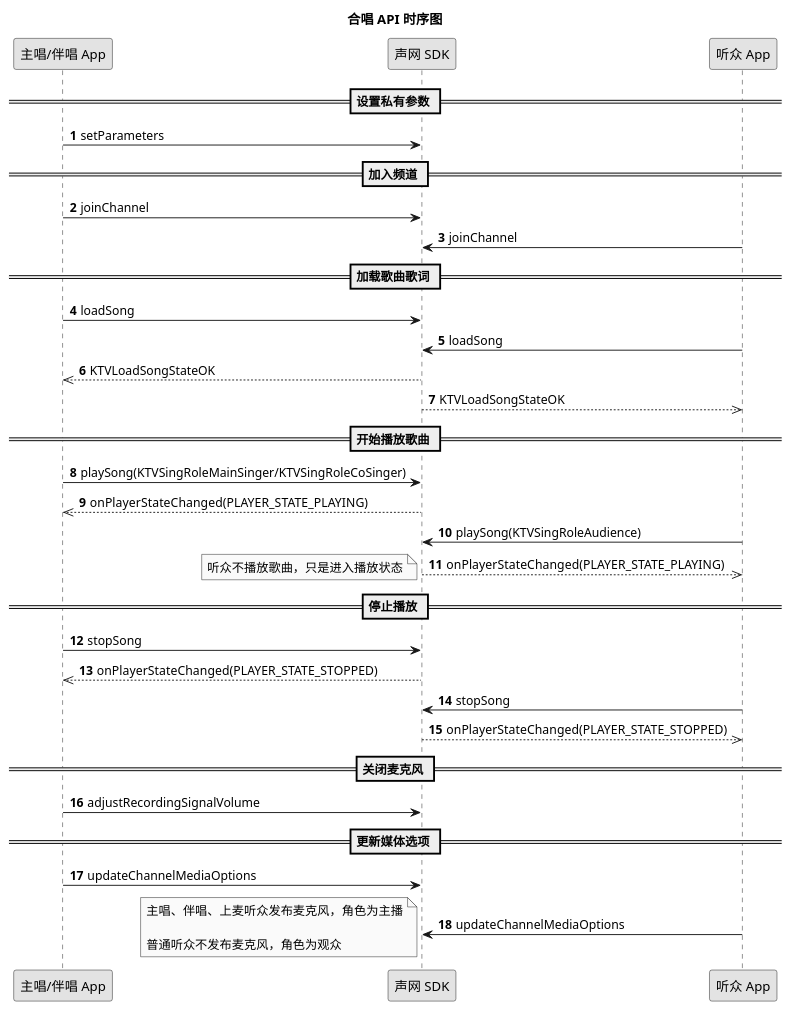
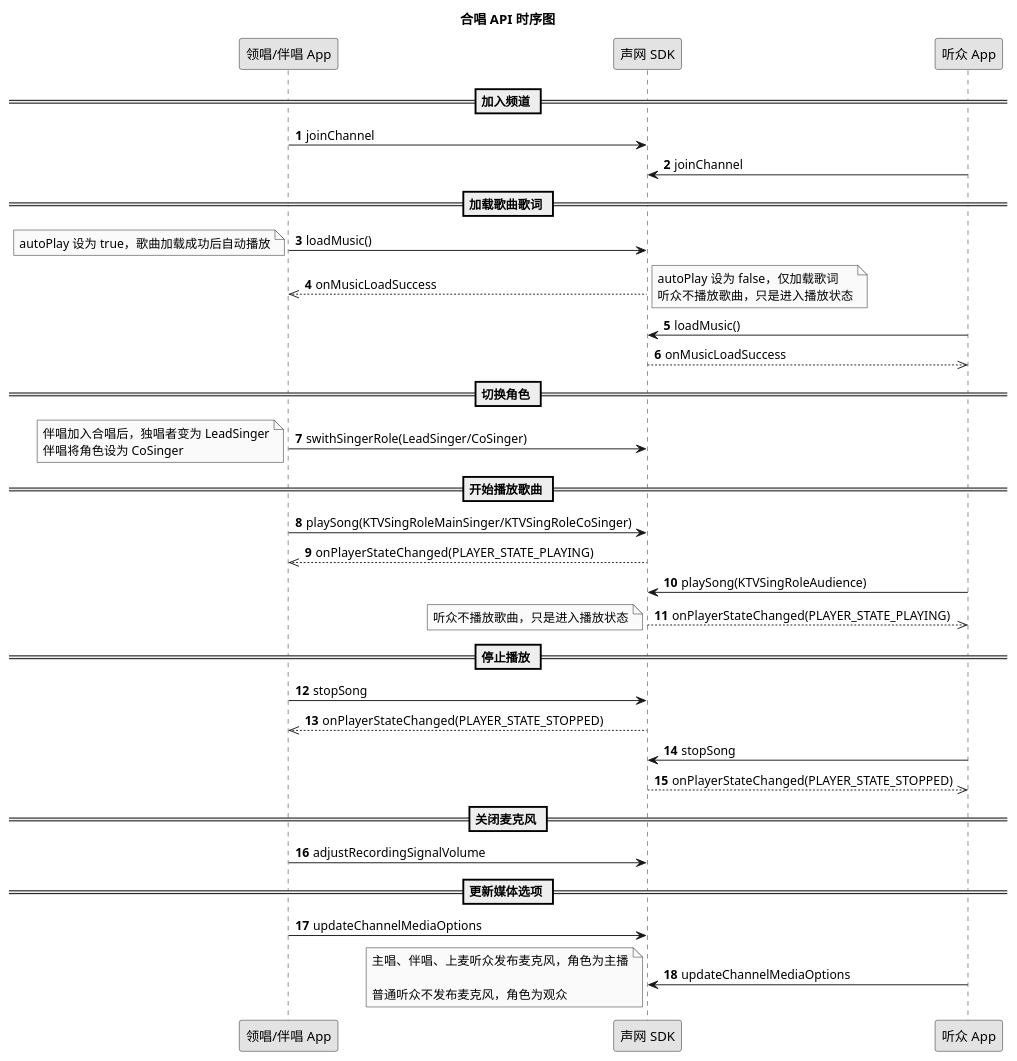
The diagram in markdown/online-ktv/改进/场景化方案/Android/实现文档/合唱.wsd (AgoraIO/agora_doc_source), drawn with PlantUML before and after one commit. The commit also changed 1 other file, not shown here.

```diff
--- a/markdown/online-ktv/改进/场景化方案/Android/实现文档/合唱.wsd
+++ b/markdown/online-ktv/改进/场景化方案/Android/实现文档/合唱.wsd
@@ -1,41 +1,53 @@
 @startuml
 title 合唱 API 时序图
 autonumber
 skinparam monochrome true
-participant "主唱/伴唱 App" as a
+participant "领唱/伴唱 App" as a
 participant "声网 SDK" as b
 participant "听众 App" as c
-== 设置私有参数 ==
-a -> b: setParameters
 == 加入频道 ==
 a -> b: joinChannel
 c -> b: joinChannel
 == 加载歌曲歌词 ==
-a -> b: loadSong
-c -> b: loadSong
-b -->> a: KTVLoadSongStateOK
-b -->> c: KTVLoadSongStateOK
+a -> b: loadMusic()
+note left
+autoPlay 设为 true，歌曲加载成功后自动播放
+end note
+b -->> a: onMusicLoadSuccess
+note right
+autoPlay 设为 false，仅加载歌词
+听众不播放歌曲，只是进入播放状态
+end note
+c -> b: loadMusic()
+b -->> c: onMusicLoadSuccess
+== 切换角色 ==
+a -> b:swithSingerRole(LeadSinger/CoSinger)
+note left
+伴唱加入合唱后，独唱者变为 LeadSinger
+伴唱将角色设为 CoSinger
+end note
+
 == 开始播放歌曲 ==
 a -> b: playSong(KTVSingRoleMainSinger/KTVSingRoleCoSinger)
 b -->> a: onPlayerStateChanged(PLAYER_STATE_PLAYING)
 c -> b: playSong(KTVSingRoleAudience)
 b -->> c: onPlayerStateChanged(PLAYER_STATE_PLAYING)
 note left
 听众不播放歌曲，只是进入播放状态
 end note
 == 停止播放 ==
 a -> b: stopSong
 b -->> a: onPlayerStateChanged(PLAYER_STATE_STOPPED)
 c -> b: stopSong
 b -->> c: onPlayerStateChanged(PLAYER_STATE_STOPPED)
 == 关闭麦克风 ==
 a -> b: adjustRecordingSignalVolume
 == 更新媒体选项 ==
 a -> b: updateChannelMediaOptions
 c -> b: updateChannelMediaOptions
 note left
 主唱、伴唱、上麦听众发布麦克风，角色为主播
 
 普通听众不发布麦克风，角色为观众
 end note
 @enduml
```
